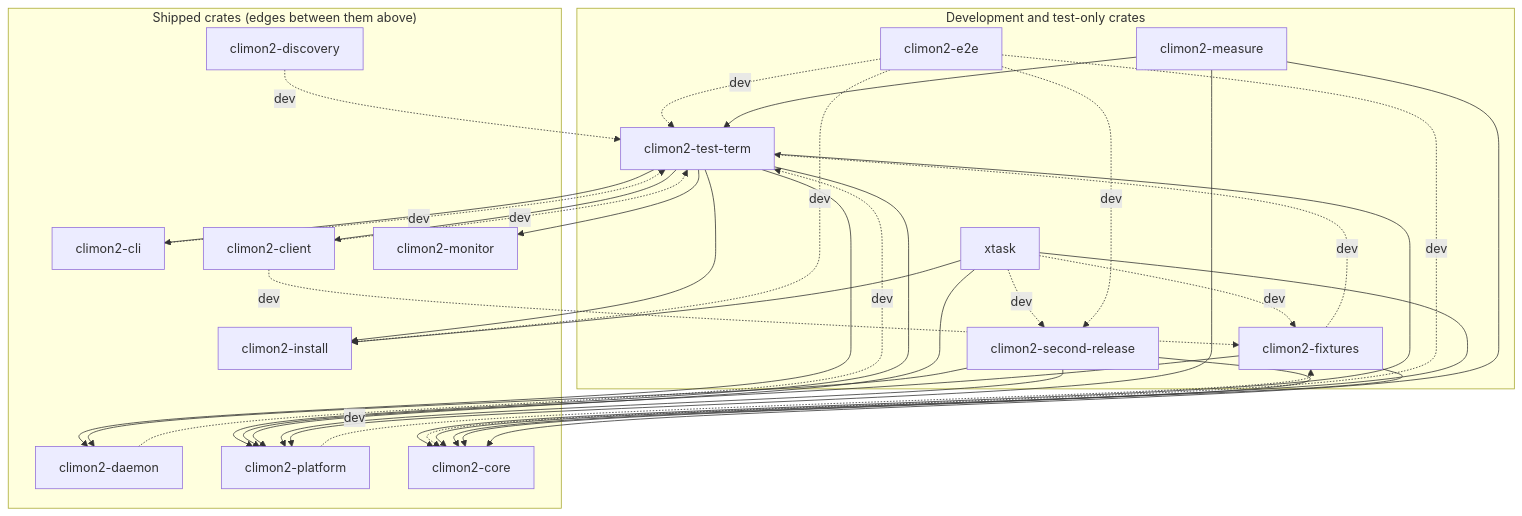
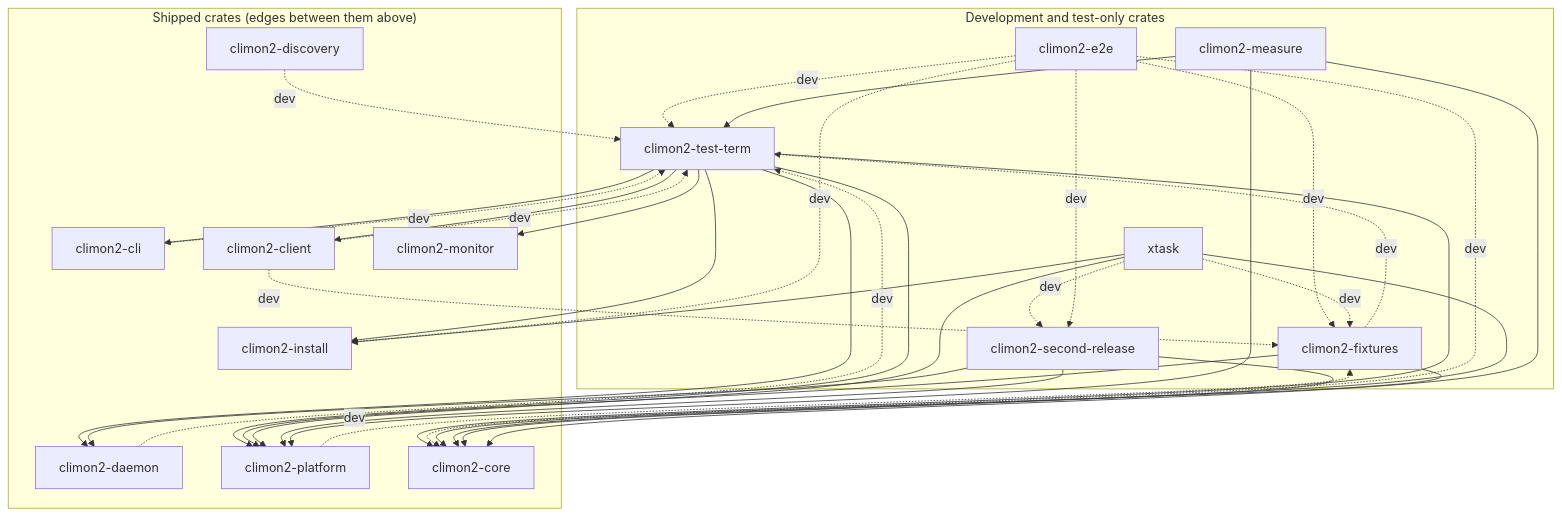
Before and after one commit to jackgeek/climon2: the second of 2 diagrams in docs/for-humans/architecture/crate-relationships.md, drawn with Mermaid. The commit also changed other lines of this file and 29 other files, not shown here.

````diff
--- a/docs/for-humans/architecture/crate-relationships.md
+++ b/docs/for-humans/architecture/crate-relationships.md
@@ -63,54 +63,55 @@
 ```mermaid
 flowchart TB
     subgraph development["Development and test-only crates"]
         test_term["climon2-test-term"]
         e2e["climon2-e2e"]
         fixtures["climon2-fixtures"]
         xtask["xtask"]
         second["climon2-second-release"]
         measure["climon2-measure"]
     end
 
     subgraph shipped["Shipped crates (edges between them above)"]
         cli["climon2-cli"]
         discovery["climon2-discovery"]
         client["climon2-client"]
         daemon["climon2-daemon"]
         install["climon2-install"]
         monitor["climon2-monitor"]
         platform["climon2-platform"]
         core["climon2-core"]
     end
 
     cli -.->|"dev"| test_term
     discovery -.->|"dev"| test_term
     client -.->|"dev"| test_term
     daemon -.->|"dev"| test_term
     test_term --> cli
     test_term --> client
     test_term --> core
     test_term --> daemon
     test_term --> install
     test_term --> monitor
     test_term --> platform
     e2e -.->|"dev"| core
+    e2e -.->|"dev"| fixtures
     e2e -.->|"dev"| install
     e2e -.->|"dev"| test_term
     fixtures --> core
     fixtures --> platform
     fixtures -.->|"dev"| test_term
     platform -.->|"dev"| fixtures
     client -.->|"dev"| fixtures
     xtask --> core
     xtask --> install
     xtask --> platform
     xtask -.->|"dev"| fixtures
     xtask -.->|"dev"| second
     e2e -.->|"dev"| second
     second --> core
     second --> daemon
     second --> platform
     measure --> core
     measure --> platform
     measure --> test_term
 ```
````
